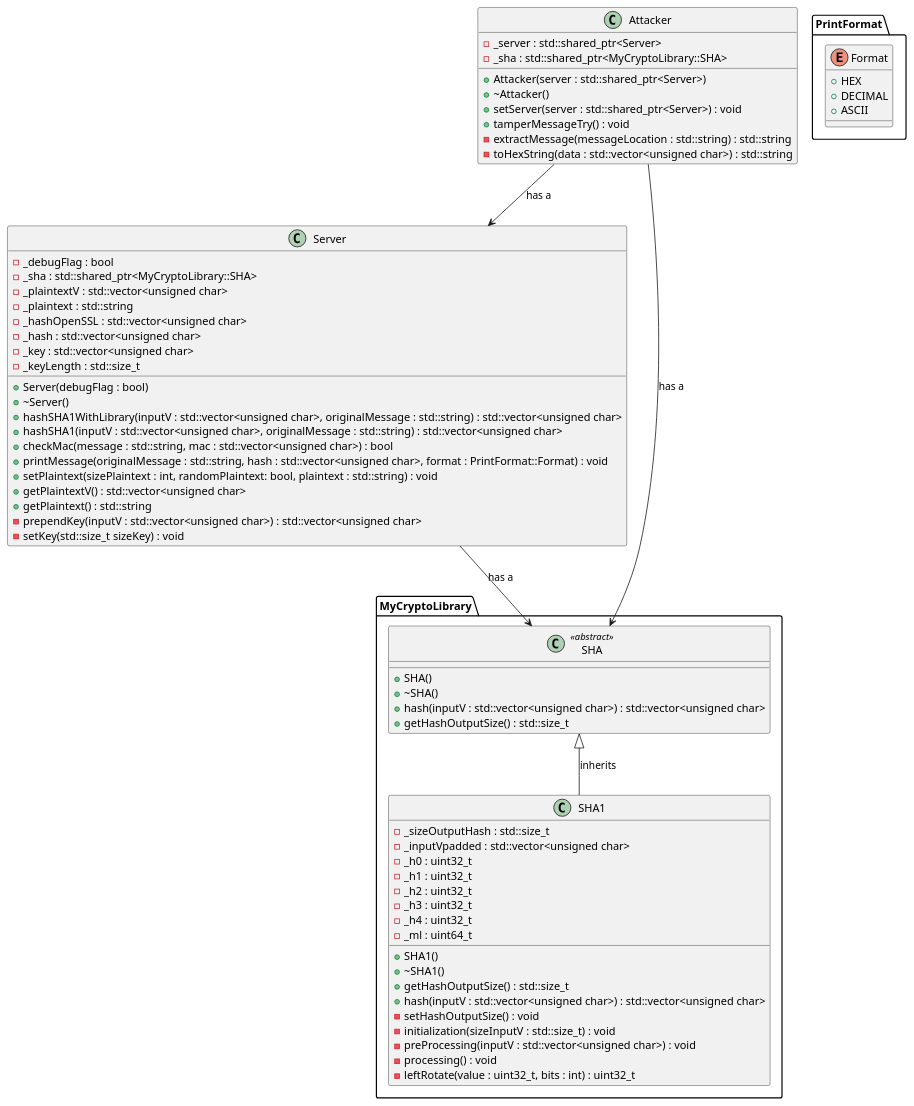
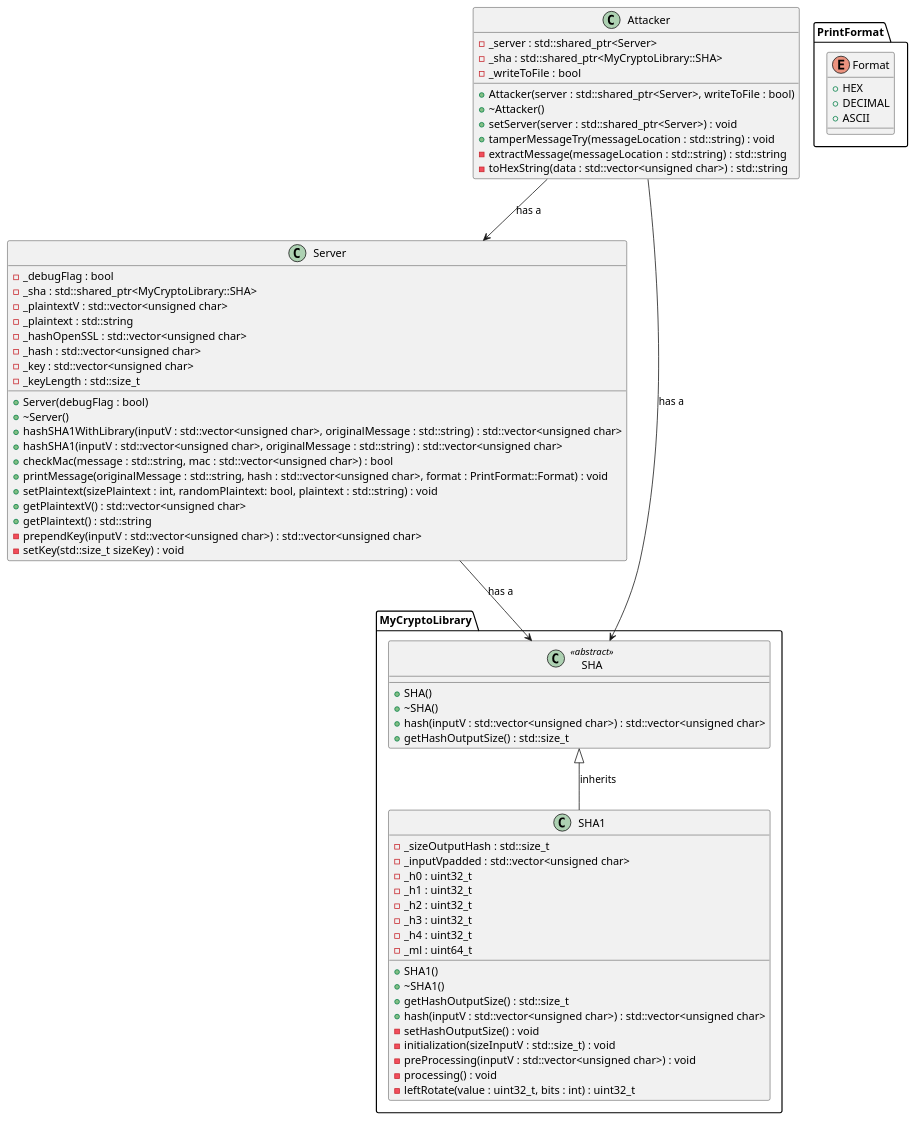
Before and after one commit to Photon-einstein/Cryptopals: the diagram in Cryptopals_resolutions/4-Set_4/cryptopals_set_4_problem_28/cryptopals_set_4_problem_28.puml, drawn with PlantUML. The commit also changed 5 other files, not shown here.

```diff
--- a/Cryptopals_resolutions/4-Set_4/cryptopals_set_4_problem_28/cryptopals_set_4_problem_28.puml
+++ b/Cryptopals_resolutions/4-Set_4/cryptopals_set_4_problem_28/cryptopals_set_4_problem_28.puml
@@ -1,83 +1,84 @@
 @startuml
 
 namespace PrintFormat {
     enum Format {
         +HEX 
         +DECIMAL 
         +ASCII
     }
 }
 
 class Server {
     - _debugFlag : bool
     - _sha : std::shared_ptr<MyCryptoLibrary::SHA>
     - _plaintextV : std::vector<unsigned char> 
     - _plaintext : std::string
     - _hashOpenSSL : std::vector<unsigned char>
     - _hash : std::vector<unsigned char>
     - _key : std::vector<unsigned char>
     - _keyLength : std::size_t
 
     + Server(debugFlag : bool)
     + ~Server()
     + hashSHA1WithLibrary(inputV : std::vector<unsigned char>, originalMessage : std::string) : std::vector<unsigned char>
     + hashSHA1(inputV : std::vector<unsigned char>, originalMessage : std::string) : std::vector<unsigned char>
     + checkMac(message : std::string, mac : std::vector<unsigned char>) : bool
     + printMessage(originalMessage : std::string, hash : std::vector<unsigned char>, format : PrintFormat::Format) : void
     + setPlaintext(sizePlaintext : int, randomPlaintext: bool, plaintext : std::string) : void
     + getPlaintextV() : std::vector<unsigned char>
     + getPlaintext() : std::string
     - prependKey(inputV : std::vector<unsigned char>) : std::vector<unsigned char>
     - setKey(std::size_t sizeKey) : void
 
 }
 
 namespace MyCryptoLibrary {
     class SHA <<abstract>> {
         + SHA()
         + ~SHA()
         + hash(inputV : std::vector<unsigned char>) : std::vector<unsigned char>
         + getHashOutputSize() : std::size_t
     }
 
     class SHA1 {
         - _sizeOutputHash : std::size_t
         - _inputVpadded : std::vector<unsigned char>
         - _h0 : uint32_t
         - _h1 : uint32_t
         - _h2 : uint32_t
         - _h3 : uint32_t
         - _h4 : uint32_t
         - _ml : uint64_t
 
         + SHA1()
         + ~SHA1()
         + getHashOutputSize() : std::size_t
         + hash(inputV : std::vector<unsigned char>) : std::vector<unsigned char>
         - setHashOutputSize() : void
         - initialization(sizeInputV : std::size_t) : void
         - preProcessing(inputV : std::vector<unsigned char>) : void
         - processing() : void
         - leftRotate(value : uint32_t, bits : int) : uint32_t
     }
 
     SHA <|-- SHA1 : "inherits"
 }
 
 class Attacker {
     - _server : std::shared_ptr<Server>
     - _sha : std::shared_ptr<MyCryptoLibrary::SHA>
+    - _writeToFile : bool
 
-    + Attacker(server : std::shared_ptr<Server>)
+    + Attacker(server : std::shared_ptr<Server>, writeToFile : bool)
     + ~Attacker()
     + setServer(server : std::shared_ptr<Server>) : void
-    + tamperMessageTry() : void
+    + tamperMessageTry(messageLocation : std::string) : void
     - extractMessage(messageLocation : std::string) : std::string
     - toHexString(data : std::vector<unsigned char>) : std::string
 }
 
 Server --> MyCryptoLibrary.SHA : "has a"
 Attacker --> MyCryptoLibrary.SHA : "has a"
 Attacker --> Server : "has a"
 
 @enduml
```
